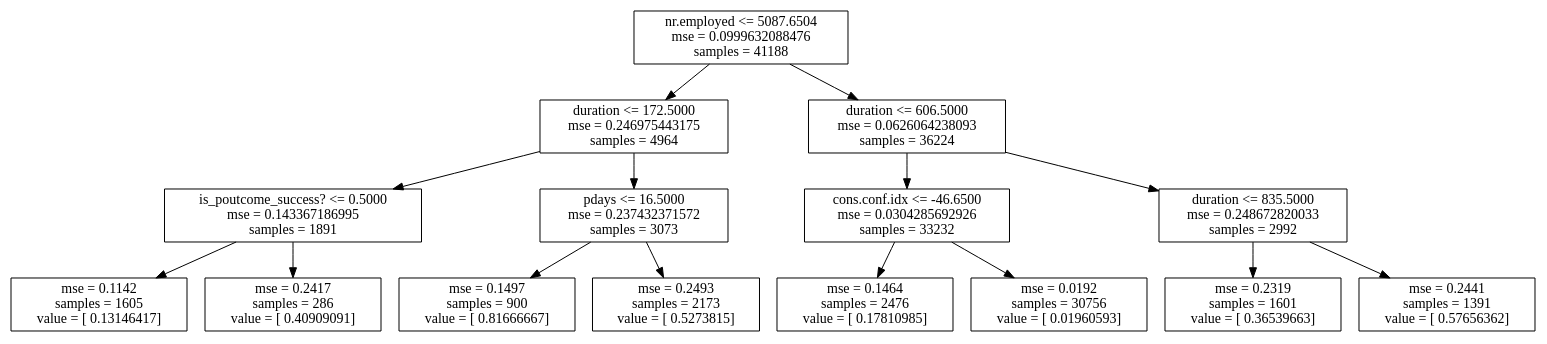
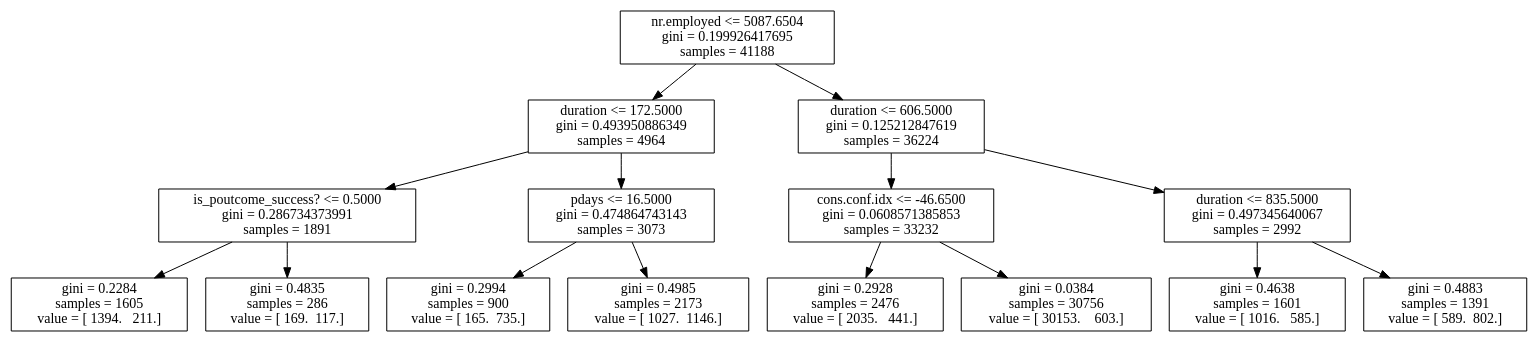
One commit to jon-eckstein/DAT_SF_13_HOMEWORK changed the diagram in HW3/bank-full.dot. Above: the diagram before and after it, drawn with Graphviz. The commit also changed 6 other files, not shown here.

```diff
--- a/HW3/bank-full.dot
+++ b/HW3/bank-full.dot
@@ -1,31 +1,31 @@
 digraph Tree {
-0 [label="nr.employed <= 5087.6504\nmse = 0.0999632088476\nsamples = 41188", shape="box"] ;
-1 [label="duration <= 172.5000\nmse = 0.246975443175\nsamples = 4964", shape="box"] ;
+0 [label="nr.employed <= 5087.6504\ngini = 0.199926417695\nsamples = 41188", shape="box"] ;
+1 [label="duration <= 172.5000\ngini = 0.493950886349\nsamples = 4964", shape="box"] ;
 0 -> 1 ;
-2 [label="is_poutcome_success? <= 0.5000\nmse = 0.143367186995\nsamples = 1891", shape="box"] ;
+2 [label="is_poutcome_success? <= 0.5000\ngini = 0.286734373991\nsamples = 1891", shape="box"] ;
 1 -> 2 ;
-3 [label="mse = 0.1142\nsamples = 1605\nvalue = [ 0.13146417]", shape="box"] ;
+3 [label="gini = 0.2284\nsamples = 1605\nvalue = [ 1394.   211.]", shape="box"] ;
 2 -> 3 ;
-4 [label="mse = 0.2417\nsamples = 286\nvalue = [ 0.40909091]", shape="box"] ;
+4 [label="gini = 0.4835\nsamples = 286\nvalue = [ 169.  117.]", shape="box"] ;
 2 -> 4 ;
-5 [label="pdays <= 16.5000\nmse = 0.237432371572\nsamples = 3073", shape="box"] ;
+5 [label="pdays <= 16.5000\ngini = 0.474864743143\nsamples = 3073", shape="box"] ;
 1 -> 5 ;
-6 [label="mse = 0.1497\nsamples = 900\nvalue = [ 0.81666667]", shape="box"] ;
+6 [label="gini = 0.2994\nsamples = 900\nvalue = [ 165.  735.]", shape="box"] ;
 5 -> 6 ;
-7 [label="mse = 0.2493\nsamples = 2173\nvalue = [ 0.5273815]", shape="box"] ;
+7 [label="gini = 0.4985\nsamples = 2173\nvalue = [ 1027.  1146.]", shape="box"] ;
 5 -> 7 ;
-8 [label="duration <= 606.5000\nmse = 0.0626064238093\nsamples = 36224", shape="box"] ;
+8 [label="duration <= 606.5000\ngini = 0.125212847619\nsamples = 36224", shape="box"] ;
 0 -> 8 ;
-9 [label="cons.conf.idx <= -46.6500\nmse = 0.0304285692926\nsamples = 33232", shape="box"] ;
+9 [label="cons.conf.idx <= -46.6500\ngini = 0.0608571385853\nsamples = 33232", shape="box"] ;
 8 -> 9 ;
-10 [label="mse = 0.1464\nsamples = 2476\nvalue = [ 0.17810985]", shape="box"] ;
+10 [label="gini = 0.2928\nsamples = 2476\nvalue = [ 2035.   441.]", shape="box"] ;
 9 -> 10 ;
-11 [label="mse = 0.0192\nsamples = 30756\nvalue = [ 0.01960593]", shape="box"] ;
+11 [label="gini = 0.0384\nsamples = 30756\nvalue = [ 30153.    603.]", shape="box"] ;
 9 -> 11 ;
-12 [label="duration <= 835.5000\nmse = 0.248672820033\nsamples = 2992", shape="box"] ;
+12 [label="duration <= 835.5000\ngini = 0.497345640067\nsamples = 2992", shape="box"] ;
 8 -> 12 ;
-13 [label="mse = 0.2319\nsamples = 1601\nvalue = [ 0.36539663]", shape="box"] ;
+13 [label="gini = 0.4638\nsamples = 1601\nvalue = [ 1016.   585.]", shape="box"] ;
 12 -> 13 ;
-14 [label="mse = 0.2441\nsamples = 1391\nvalue = [ 0.57656362]", shape="box"] ;
+14 [label="gini = 0.4883\nsamples = 1391\nvalue = [ 589.  802.]", shape="box"] ;
 12 -> 14 ;
 }
```
